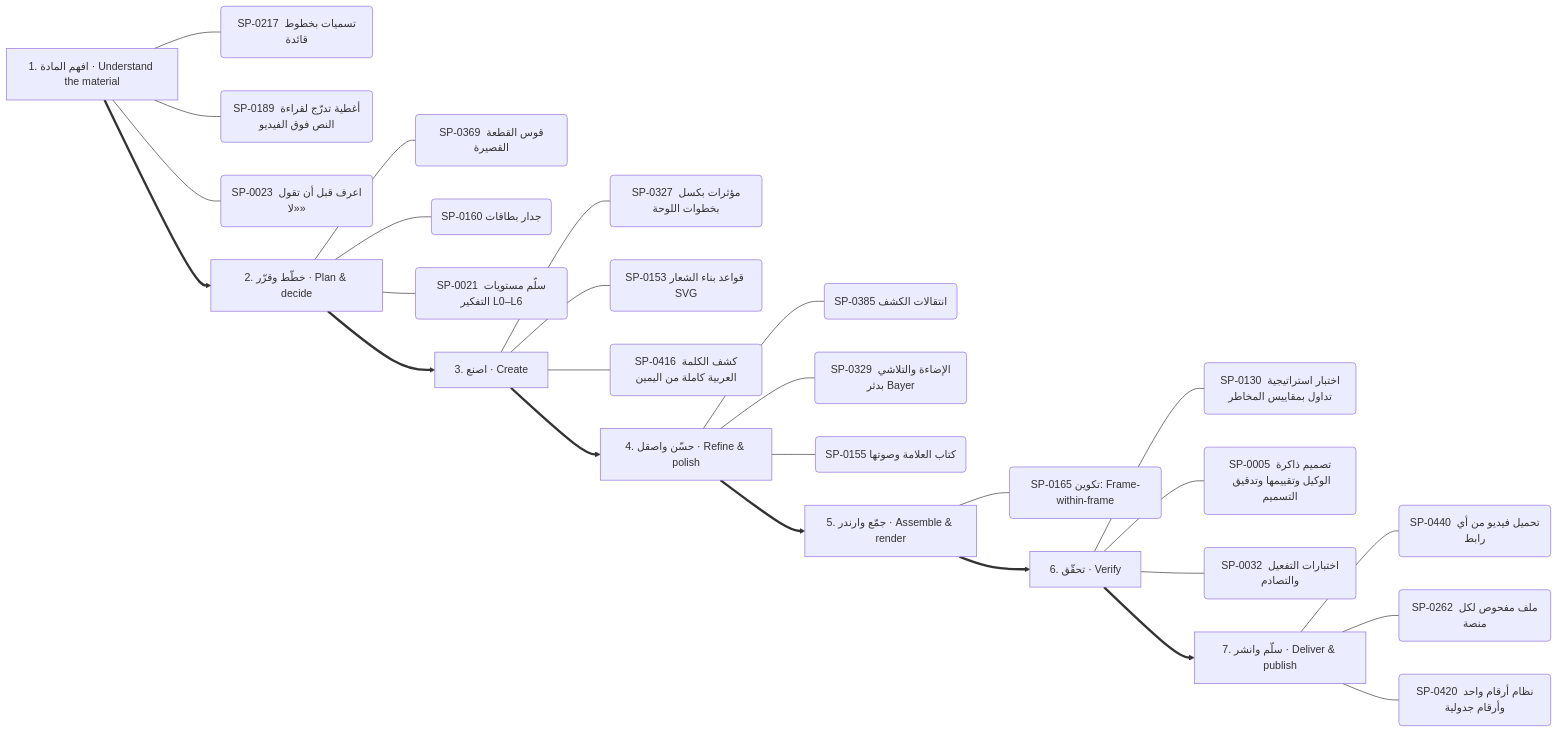
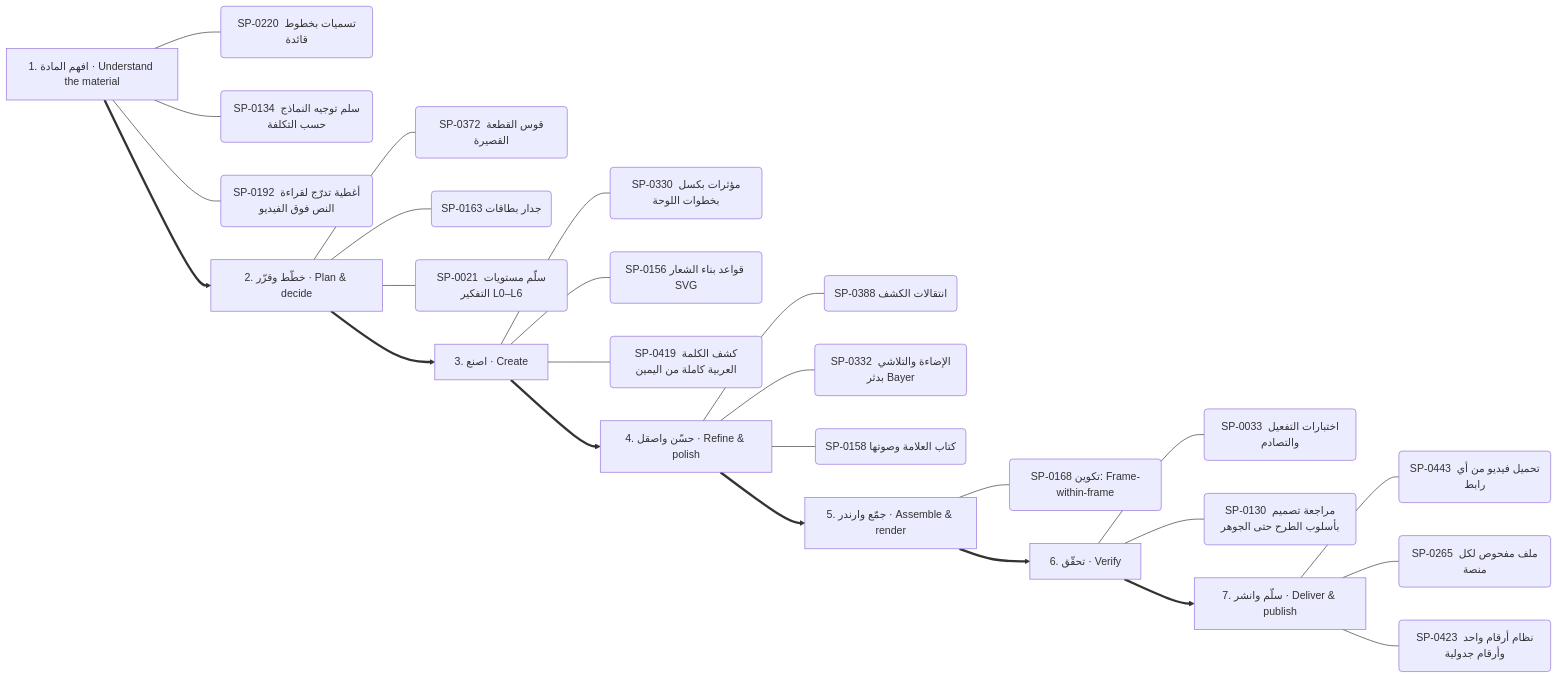
The sixth of 13 diagrams in .claude/skills/kosif-superpowers/references/capability-mindmap.md (kosif199022-jpg/kosif-tool), drawn with Mermaid before and after one commit. The commit also changed other lines of this file and 46 other files, not shown here.

````diff
--- a/.claude/skills/kosif-superpowers/references/capability-mindmap.md
+++ b/.claude/skills/kosif-superpowers/references/capability-mindmap.md
@@ -315,35 +314,34 @@
 ```mermaid
 flowchart LR
   S0["1. افهم المادة · Understand the material"]
-  S0 --- S0_0("SP-0217 تسميات بخطوط قائدة")
-  S0 --- S0_1("SP-0189 أغطية تدرّج لقراءة النص فوق الفيديو")
-  S0 --- S0_2("SP-0023 اعرف قبل أن تقول «لا»")
+  S0 --- S0_0("SP-0220 تسميات بخطوط قائدة")
+  S0 --- S0_1("SP-0134 سلم توجيه النماذج حسب التكلفة")
+  S0 --- S0_2("SP-0192 أغطية تدرّج لقراءة النص فوق الفيديو")
   S1["2. خطّط وقرّر · Plan & decide"]
-  S1 --- S1_0("SP-0369 قوس القطعة القصيرة")
-  S1 --- S1_1("SP-0160 جدار بطاقات")
+  S1 --- S1_0("SP-0372 قوس القطعة القصيرة")
+  S1 --- S1_1("SP-0163 جدار بطاقات")
   S1 --- S1_2("SP-0021 سلّم مستويات التفكير L0–L6")
   S0 ==> S1
   S2["3. اصنع · Create"]
-  S2 --- S2_0("SP-0327 مؤثرات بكسل بخطوات اللوحة")
-  S2 --- S2_1("SP-0153 قواعد بناء الشعار SVG")
-  S2 --- S2_2("SP-0416 كشف الكلمة العربية كاملة من اليمين")
+  S2 --- S2_0("SP-0330 مؤثرات بكسل بخطوات اللوحة")
+  S2 --- S2_1("SP-0156 قواعد بناء الشعار SVG")
+  S2 --- S2_2("SP-0419 كشف الكلمة العربية كاملة من اليمين")
   S1 ==> S2
   S3["4. حسّن واصقل · Refine & polish"]
-  S3 --- S3_0("SP-0385 انتقالات الكشف")
-  S3 --- S3_1("SP-0329 الإضاءة والتلاشي بدثر Bayer")
-  S3 --- S3_2("SP-0155 كتاب العلامة وصوتها")
+  S3 --- S3_0("SP-0388 انتقالات الكشف")
+  S3 --- S3_1("SP-0332 الإضاءة والتلاشي بدثر Bayer")
+  S3 --- S3_2("SP-0158 كتاب العلامة وصوتها")
   S2 ==> S3
   S4["5. جمّع وارندر · Assemble & render"]
-  S4 --- S4_0("SP-0165 تكوين: Frame-within-frame")
+  S4 --- S4_0("SP-0168 تكوين: Frame-within-frame")
   S3 ==> S4
   S5["6. تحقّق · Verify"]
-  S5 --- S5_0("SP-0130 اختبار استراتيجية تداول بمقاييس المخاطر")
-  S5 --- S5_1("SP-0005 تصميم ذاكرة الوكيل وتقييمها وتدقيق التسميم")
-  S5 --- S5_2("SP-0032 اختبارات التفعيل والتصادم")
+  S5 --- S5_0("SP-0033 اختبارات التفعيل والتصادم")
+  S5 --- S5_1("SP-0130 مراجعة تصميم بأسلوب الطرح حتى الجوهر")
   S4 ==> S5
   S6["7. سلّم وانشر · Deliver & publish"]
-  S6 --- S6_0("SP-0440 تحميل فيديو من أي رابط")
-  S6 --- S6_1("SP-0262 ملف مفحوص لكل منصة")
-  S6 --- S6_2("SP-0420 نظام أرقام واحد وأرقام جدولية")
+  S6 --- S6_0("SP-0443 تحميل فيديو من أي رابط")
+  S6 --- S6_1("SP-0265 ملف مفحوص لكل منصة")
+  S6 --- S6_2("SP-0423 نظام أرقام واحد وأرقام جدولية")
   S5 ==> S6
 ```
````
